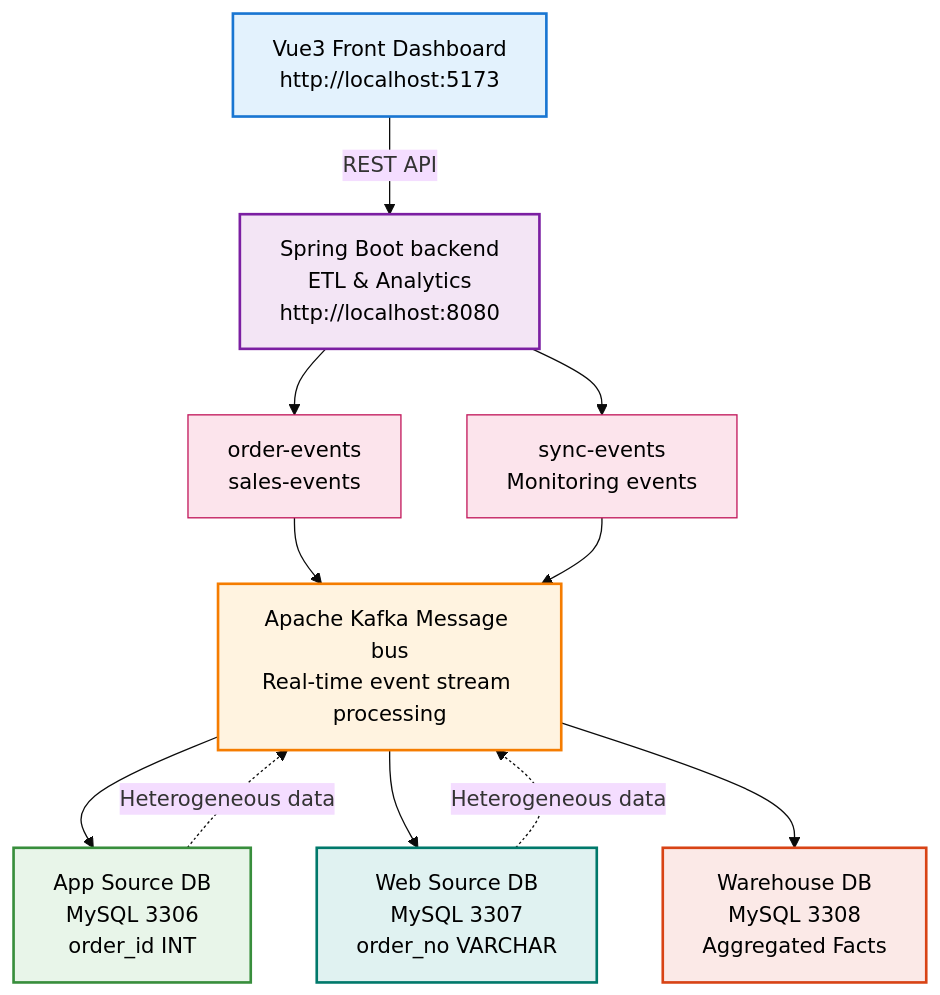
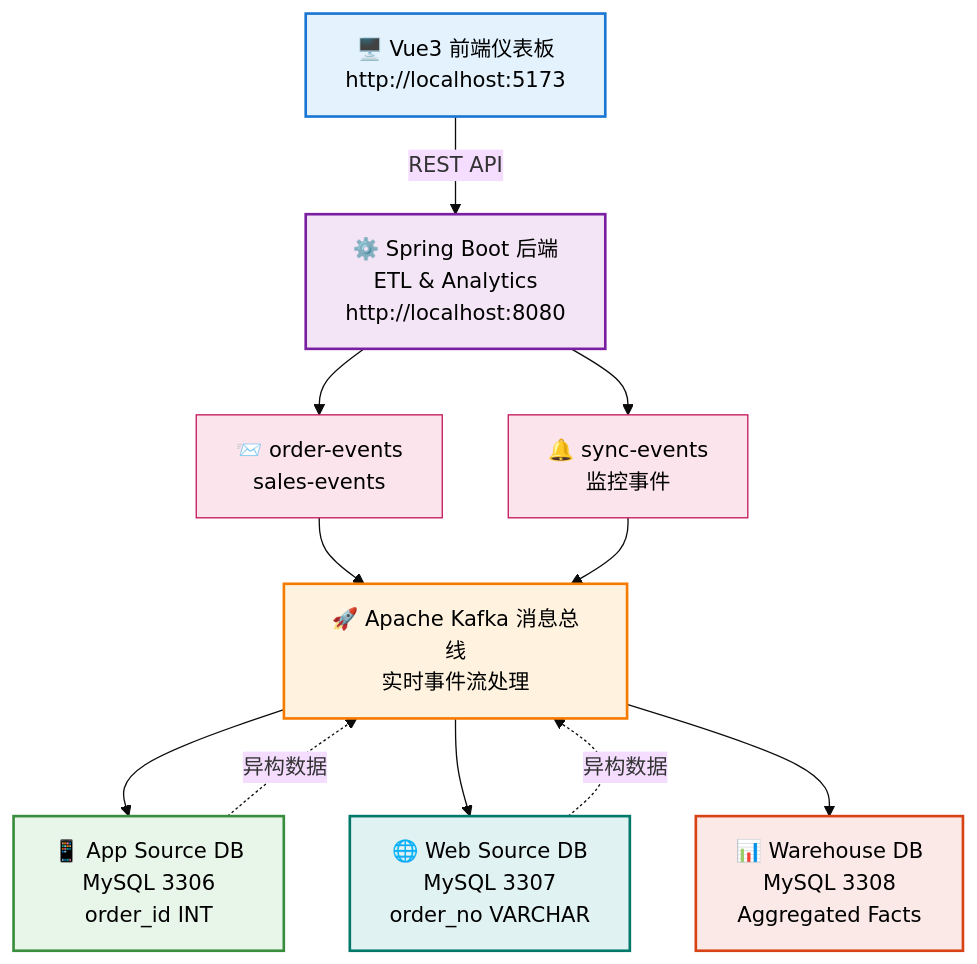
Before and after one commit to jianglei919/ecommerce_data_warehouse: the diagram in README.md, drawn with Mermaid.

````diff
--- a/README.md
+++ b/README.md
@@ -21,40 +21,40 @@
 ```mermaid
 ---
 config:
   layout: dagre
   theme: base
 ---
 flowchart TD
-    FE[" Vue3 Front Dashboard<br/>http://localhost:5173"]
+    FE["🖥️ Vue3 前端仪表板<br/>http://localhost:5173"]
 
-    BE[" Spring Boot backend<br/>ETL & Analytics<br/>http://localhost:8080"]
+    BE["⚙️ Spring Boot 后端<br/>ETL & Analytics<br/>http://localhost:8080"]
 
-    OE[" order-events<br/>sales-events"]
-    SE[" sync-events<br/>Monitoring events"]
+    OE["📨 order-events<br/>sales-events"]
+    SE["🔔 sync-events<br/>监控事件"]
 
-    KAFKA[" Apache Kafka Message bus<br/>Real-time event stream processing"]
+    KAFKA["🚀 Apache Kafka 消息总线<br/>实时事件流处理"]
 
-    APP[" App Source DB<br/>MySQL 3306<br/>order_id INT"]
-    WEB[" Web Source DB<br/>MySQL 3307<br/>order_no VARCHAR"]
-    WH[" Warehouse DB<br/>MySQL 3308<br/>Aggregated Facts"]
+    APP["📱 App Source DB<br/>MySQL 3306<br/>order_id INT"]
+    WEB["🌐 Web Source DB<br/>MySQL 3307<br/>order_no VARCHAR"]
+    WH["📊 Warehouse DB<br/>MySQL 3308<br/>Aggregated Facts"]
 
     FE -->|REST API| BE
     BE --> OE
     BE --> SE
     OE --> KAFKA
     SE --> KAFKA
     KAFKA --> APP
     KAFKA --> WEB
     KAFKA --> WH
-    APP -.->|Heterogeneous data| KAFKA
-    WEB -.->|Heterogeneous data| KAFKA
+    APP -.->|异构数据| KAFKA
+    WEB -.->|异构数据| KAFKA
 
     style FE fill:#e3f2fd,stroke:#1976d2,stroke-width:2px,color:#000
     style BE fill:#f3e5f5,stroke:#7b1fa2,stroke-width:2px,color:#000
     style KAFKA fill:#fff3e0,stroke:#f57c00,stroke-width:2px,color:#000
     style OE fill:#fce4ec,stroke:#c2185b,stroke-width:1px,color:#000
     style SE fill:#fce4ec,stroke:#c2185b,stroke-width:1px,color:#000
     style APP fill:#e8f5e9,stroke:#388e3c,stroke-width:2px,color:#000
     style WEB fill:#e0f2f1,stroke:#00796b,stroke-width:2px,color:#000
     style WH fill:#fbe9e7,stroke:#d84315,stroke-width:2px,color:#000
 ```
````
